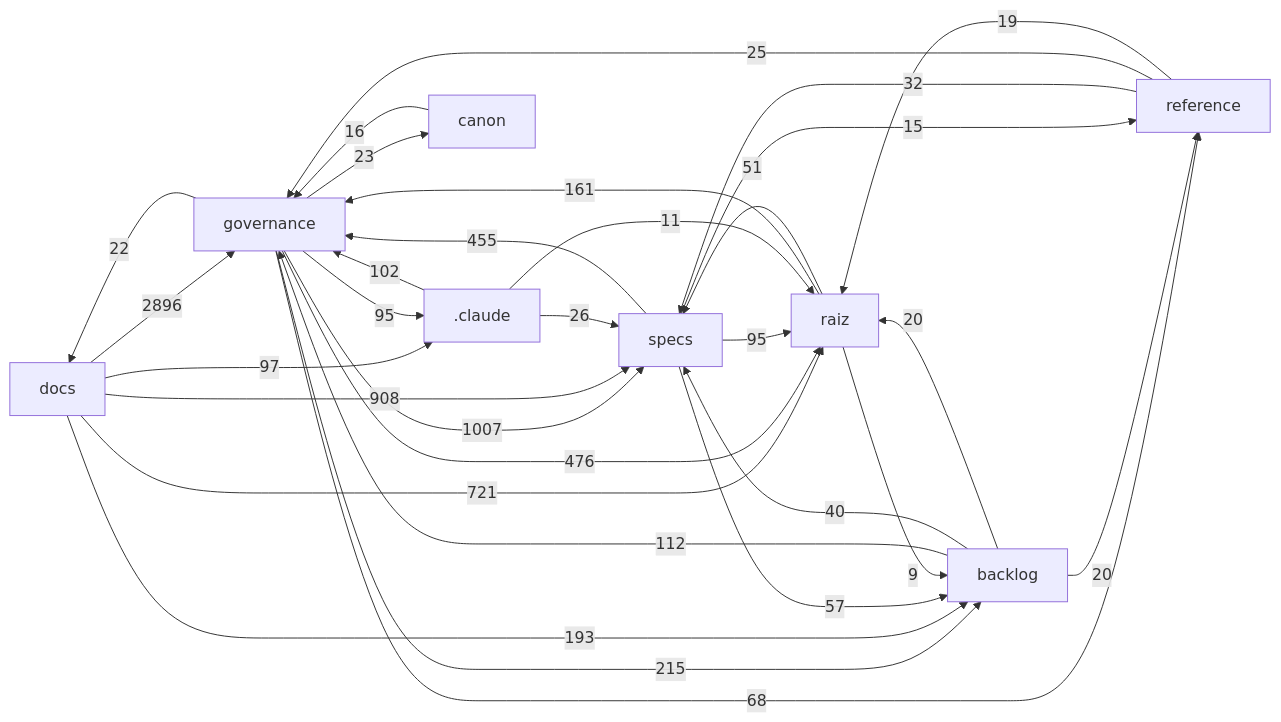
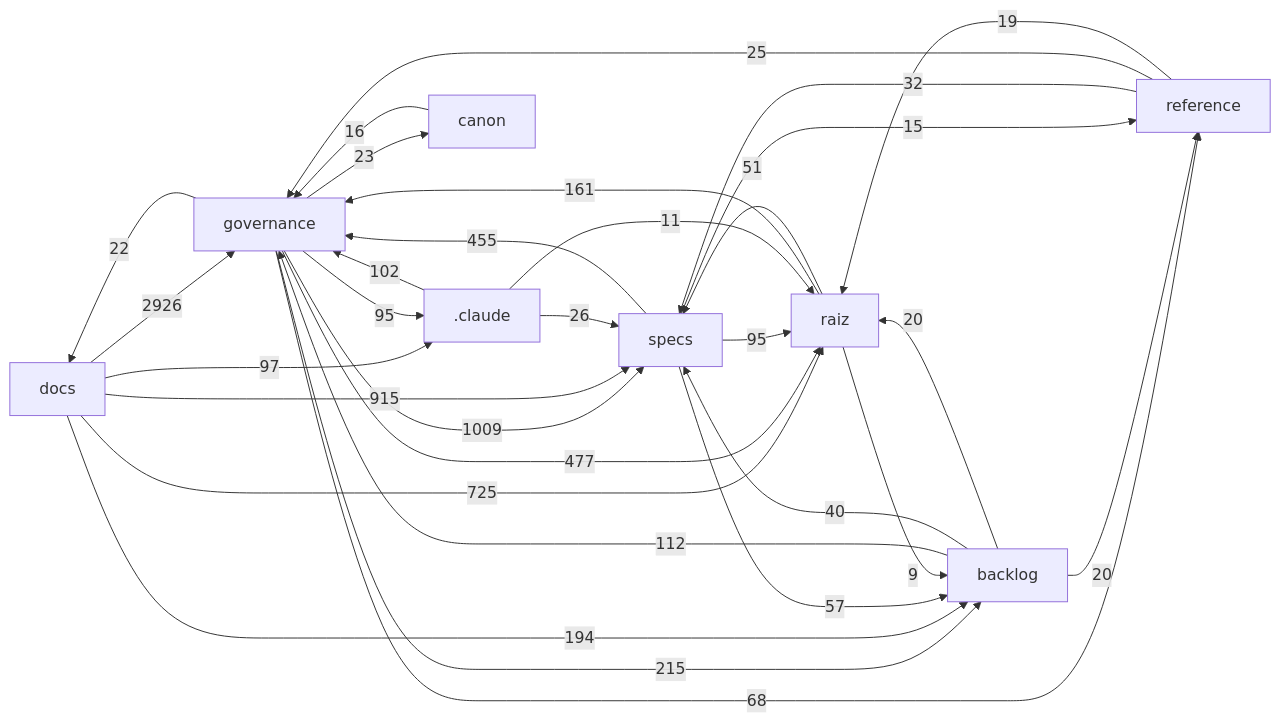
The diagram in docs/mapa/MAPA-PROJETO.md (Andraus35/Sistema-Operacional-de-Trading--SOT), drawn with Mermaid before and after one commit. The commit also changed other lines of this file and 3 other files, not shown here.

````diff
--- a/docs/mapa/MAPA-PROJETO.md
+++ b/docs/mapa/MAPA-PROJETO.md
@@ -29,33 +29,33 @@
 ```mermaid
 flowchart LR
-  docs["docs"] -->|2896| governance["governance"]
-  governance["governance"] -->|1007| specs["specs"]
-  docs["docs"] -->|908| specs["specs"]
-  docs["docs"] -->|721| raiz["raiz"]
-  governance["governance"] -->|476| raiz["raiz"]
+  docs["docs"] -->|2926| governance["governance"]
+  governance["governance"] -->|1009| specs["specs"]
+  docs["docs"] -->|915| specs["specs"]
+  docs["docs"] -->|725| raiz["raiz"]
+  governance["governance"] -->|477| raiz["raiz"]
   specs["specs"] -->|455| governance["governance"]
   governance["governance"] -->|215| backlog["backlog"]
-  docs["docs"] -->|193| backlog["backlog"]
+  docs["docs"] -->|194| backlog["backlog"]
   raiz["raiz"] -->|161| governance["governance"]
   backlog["backlog"] -->|112| governance["governance"]
   _claude[".claude"] -->|102| governance["governance"]
   docs["docs"] -->|97| _claude[".claude"]
   governance["governance"] -->|95| _claude[".claude"]
   specs["specs"] -->|95| raiz["raiz"]
   governance["governance"] -->|68| reference["reference"]
   specs["specs"] -->|57| backlog["backlog"]
   raiz["raiz"] -->|51| specs["specs"]
   backlog["backlog"] -->|40| specs["specs"]
   reference["reference"] -->|32| specs["specs"]
   _claude[".claude"] -->|26| specs["specs"]
   reference["reference"] -->|25| governance["governance"]
   governance["governance"] -->|23| canon["canon"]
   governance["governance"] -->|22| docs["docs"]
   backlog["backlog"] -->|20| raiz["raiz"]
   backlog["backlog"] -->|20| reference["reference"]
   reference["reference"] -->|19| raiz["raiz"]
   canon["canon"] -->|16| governance["governance"]
   specs["specs"] -->|15| reference["reference"]
   _claude[".claude"] -->|11| raiz["raiz"]
   raiz["raiz"] -->|9| backlog["backlog"]
 ```
````
